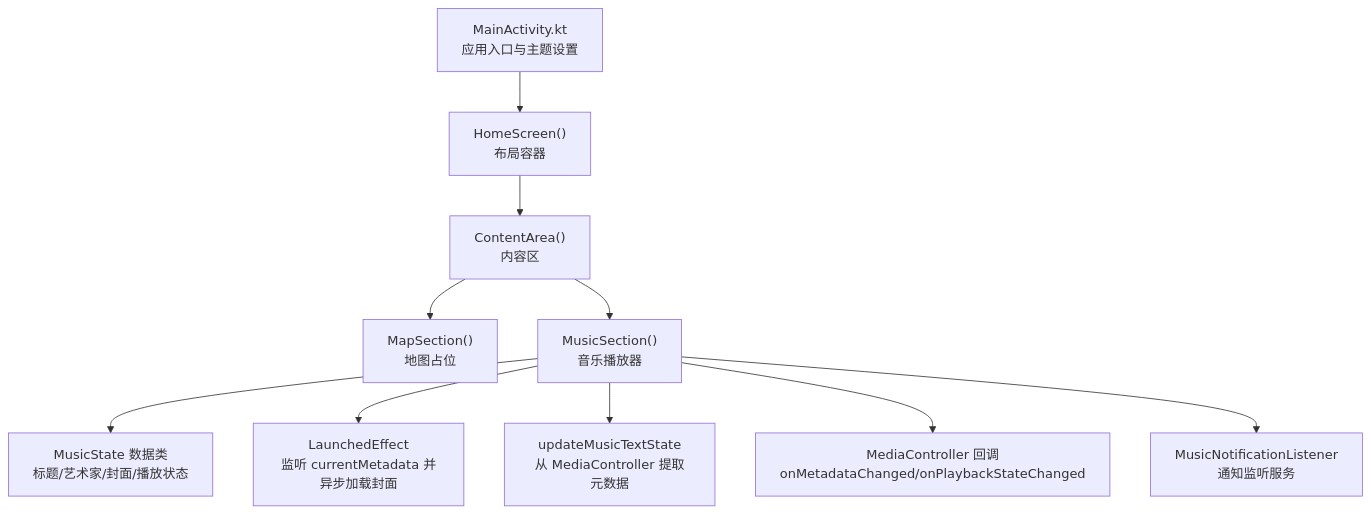
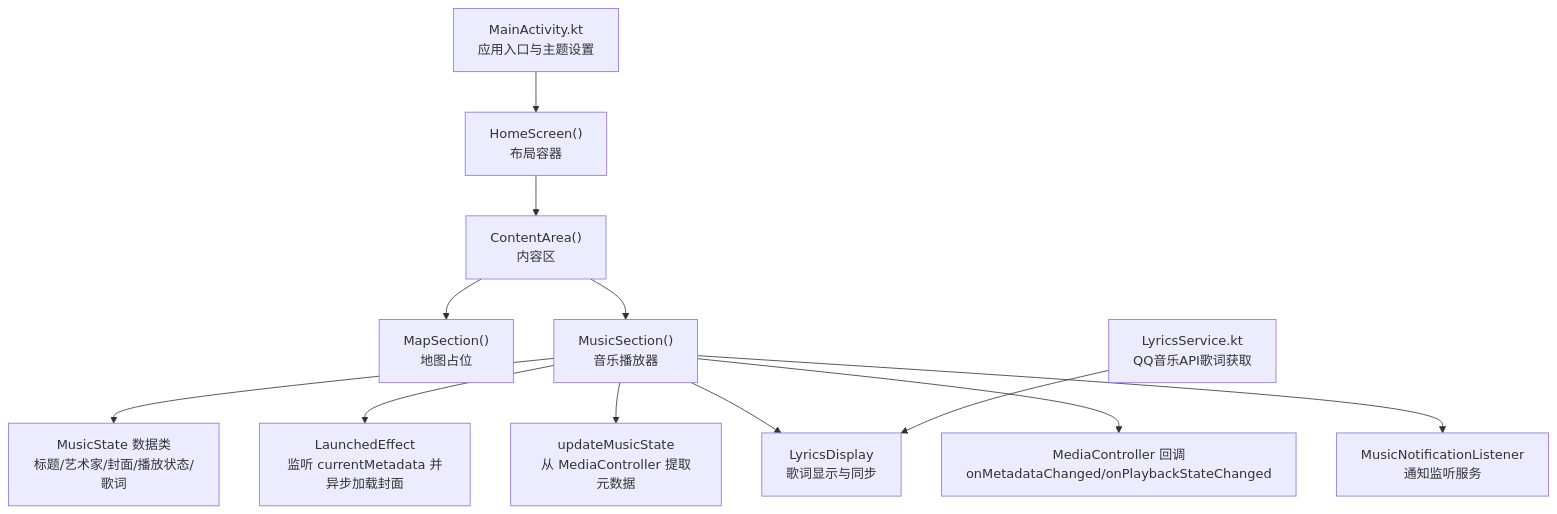
Before and after one commit to lantongxue/MyCarLauncher: the first of 4 diagrams in .qoder/repowiki/zh/content/核心功能/音乐控制/音乐状态管理.md, drawn with Mermaid. The commit also changed other lines of this file and 3 other files, not shown here.

````diff
--- a/.qoder/repowiki/zh/content/核心功能/音乐控制/音乐状态管理.md
+++ b/.qoder/repowiki/zh/content/核心功能/音乐控制/音乐状态管理.md
@@ -38,12 +48,14 @@
 ```mermaid
 graph TB
 MainActivity["MainActivity.kt<br/>应用入口与主题设置"] --> HomeScreen["HomeScreen()<br/>布局容器"]
 HomeScreen --> ContentArea["ContentArea()<br/>内容区"]
 ContentArea --> MapSection["MapSection()<br/>地图占位"]
 ContentArea --> MusicSection["MusicSection()<br/>音乐播放器"]
-MusicSection --> MusicState["MusicState 数据类<br/>标题/艺术家/封面/播放状态"]
+MusicSection --> MusicState["MusicState 数据类<br/>标题/艺术家/封面/播放状态/歌词"]
 MusicSection --> LaunchedEffect["LaunchedEffect<br/>监听 currentMetadata 并异步加载封面"]
-MusicSection --> updateMusicTextState["updateMusicTextState<br/>从 MediaController 提取元数据"]
+MusicSection --> updateMusicState["updateMusicState<br/>从 MediaController 提取元数据"]
+MusicSection --> LyricsDisplay["LyricsDisplay<br/>歌词显示与同步"]
 MusicSection --> MediaController["MediaController 回调<br/>onMetadataChanged/onPlaybackStateChanged"]
 MusicSection --> MusicNotificationListener["MusicNotificationListener<br/>通知监听服务"]
+LyricsService["LyricsService.kt<br/>QQ音乐API歌词获取"] --> LyricsDisplay
 ```
````
